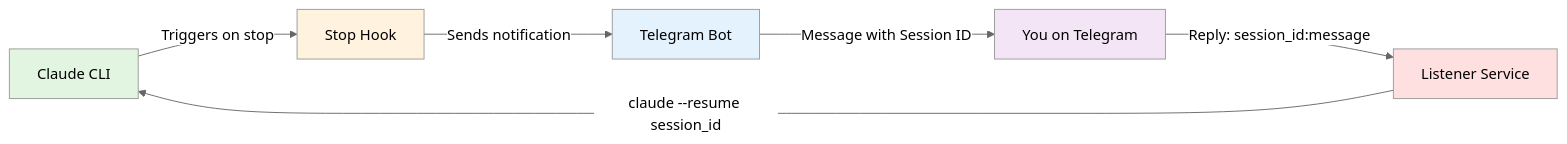
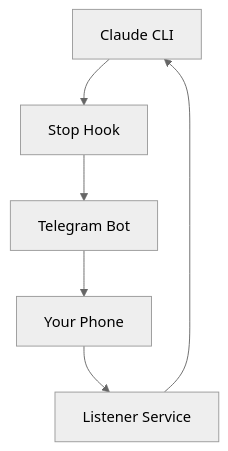
The diagram in README.md (blueman82/claude-telegram-bridge), drawn with Mermaid (neutral theme) before and after one commit. The commit also changed other lines of this file, not shown here.

Commit message:
Modify README.md (documentation) • Tool: MultiEdit • Timestamp: 2025-09-23 10:15:38

````diff
--- a/README.md
+++ b/README.md
@@ -85,14 +85,8 @@
 ```mermaid
-graph LR
-    A[Claude CLI] -->|Triggers on stop| B[Stop Hook]
-    B -->|Sends notification| C[Telegram Bot]
-    C -->|Message with Session ID| D[You on Telegram]
-    D -->|Reply: session_id:message| E[Listener Service]
-    E -->|claude --resume session_id| A
-
-    style A fill:#e1f5e1
-    style B fill:#fff3e0
-    style C fill:#e3f2fd
-    style D fill:#f3e5f5
-    style E fill:#ffe0e0
+graph TD
+    A[Claude CLI] --> B[Stop Hook]
+    B --> C[Telegram Bot]
+    C --> D[Your Phone]
+    D --> E[Listener Service]
+    E --> A
 ```
````
